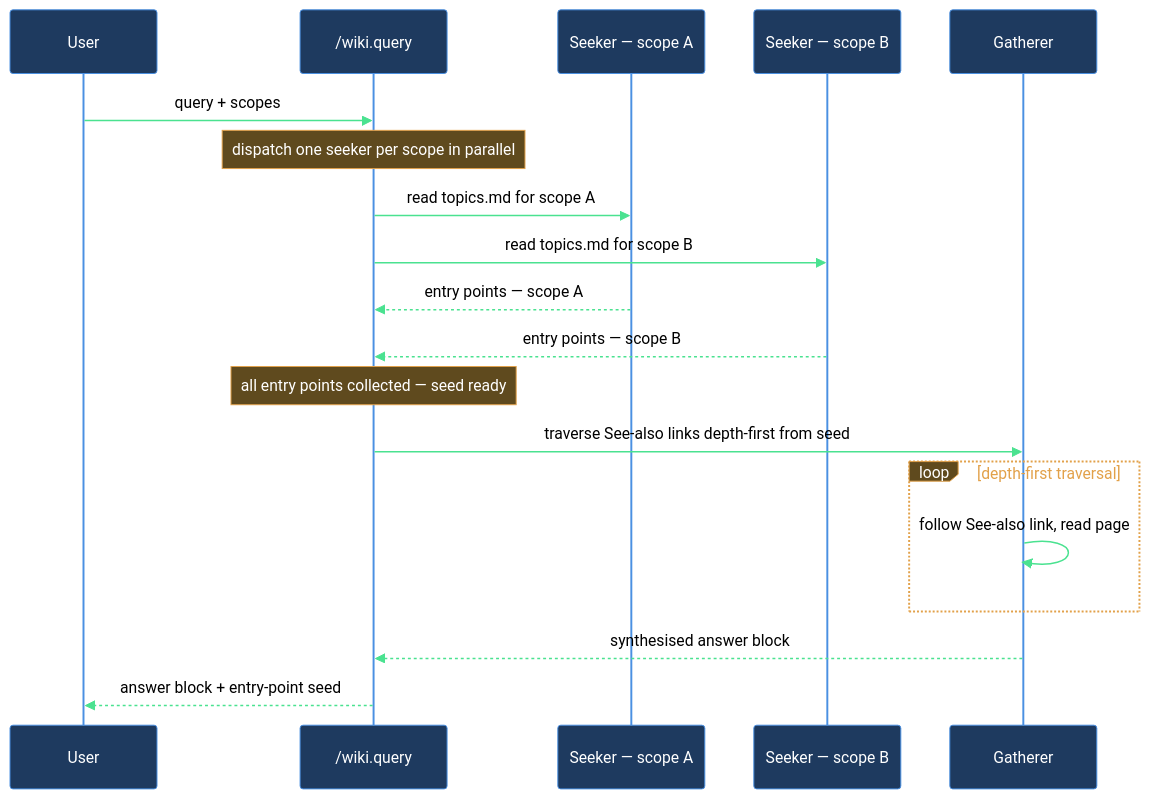
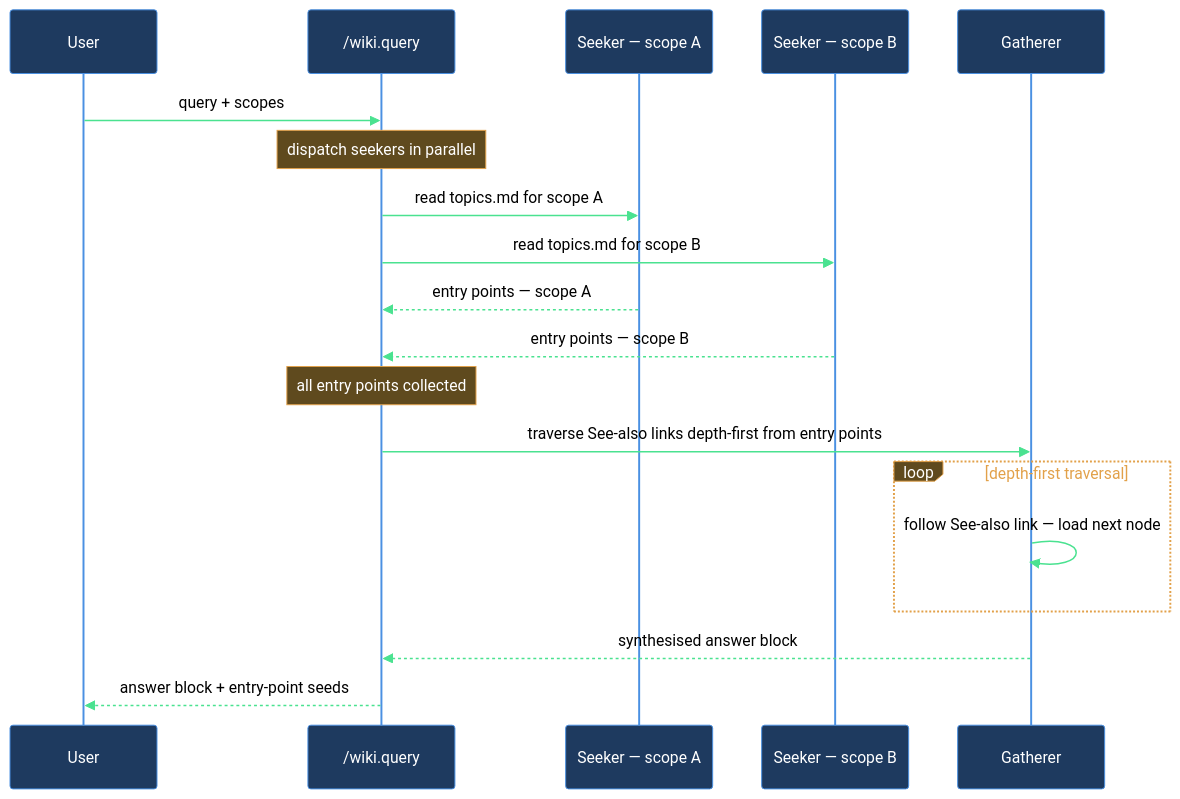
Before and after one commit to mebius-san/lazy-cortex: the diagram in claude/lazycortex-wiki/help/query.md, drawn with Mermaid. The commit also changed other lines of this file and 18 other files, not shown here.

````diff
--- a/claude/lazycortex-wiki/help/query.md
+++ b/claude/lazycortex-wiki/help/query.md
@@ -48,23 +46,31 @@
 ```mermaid
 %%{init: {'themeVariables':{'background':'transparent','primaryColor':'#1e3a5f','primaryBorderColor':'#4a90e2','primaryTextColor':'#fff','lineColor':'#4ae290','actorBkg':'#1e3a5f','actorBorder':'#4a90e2','actorTextColor':'#fff','actorLineColor':'#4a90e2','signalColor':'#4ae290','signalTextColor':'#000','noteBkgColor':'#5f4a1e','noteBorderColor':'#e2a14a','noteTextColor':'#fff','labelBoxBkgColor':'#5f4a1e','labelBoxBorderColor':'#e2a14a','labelTextColor':'#fff','loopTextColor':'#e2a14a'},'sequence':{'diagramPadding':5,'useMaxWidth':true}}}%%
 sequenceDiagram
   participant user as User
   participant skill as /wiki.query
   participant seekerA as Seeker — scope A
   participant seekerB as Seeker — scope B
   participant gatherer as Gatherer
 
   user->>skill: query + scopes
-  Note over skill: dispatch one seeker per scope in parallel
+
+  Note over skill: dispatch seekers in parallel
+
   skill->>seekerA: read topics.md for scope A
   skill->>seekerB: read topics.md for scope B
+
   seekerA-->>skill: entry points — scope A
   seekerB-->>skill: entry points — scope B
-  Note over skill: all entry points collected — seed ready
-  skill->>gatherer: traverse See-also links depth-first from seed
+
+  Note over skill: all entry points collected
+
+  skill->>gatherer: traverse See-also links depth-first from entry points
+
   loop depth-first traversal
-    gatherer->>gatherer: follow See-also link, read page
+    gatherer->>gatherer: follow See-also link — load next node
   end
+
   gatherer-->>skill: synthesised answer block
-  skill-->>user: answer block + entry-point seed
+
+  skill-->>user: answer block + entry-point seeds
 ```
````
